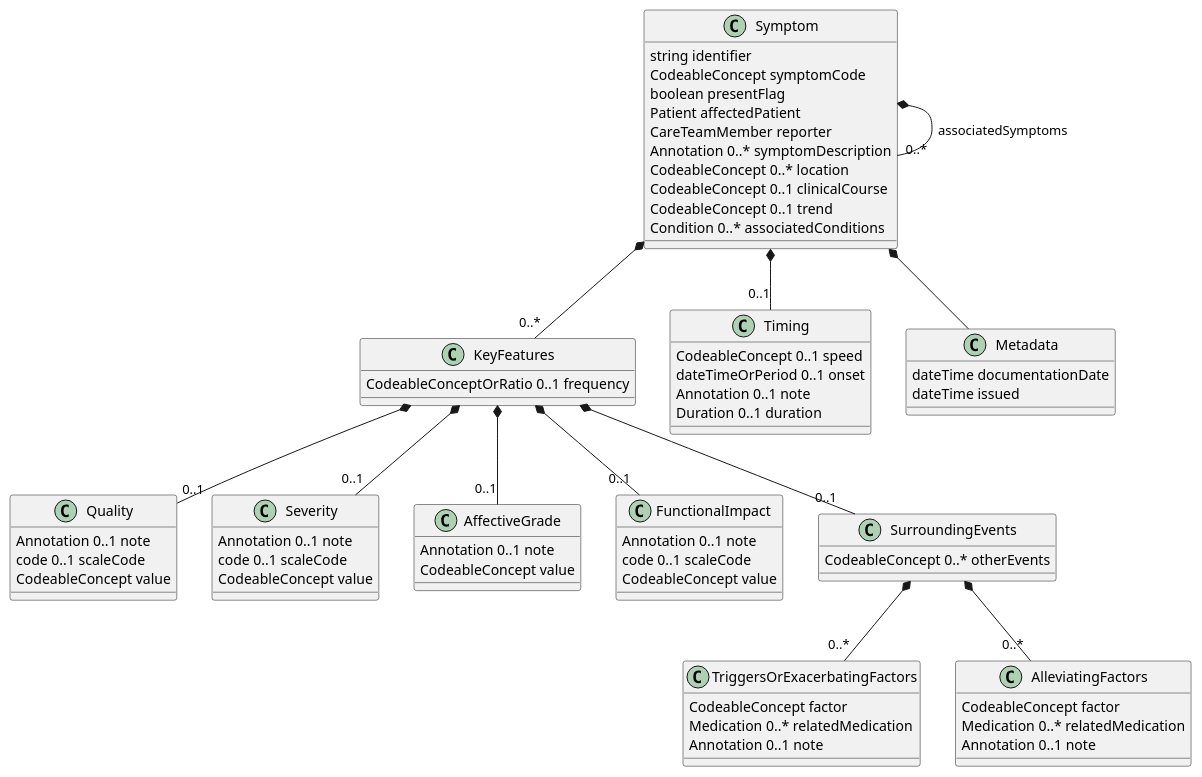
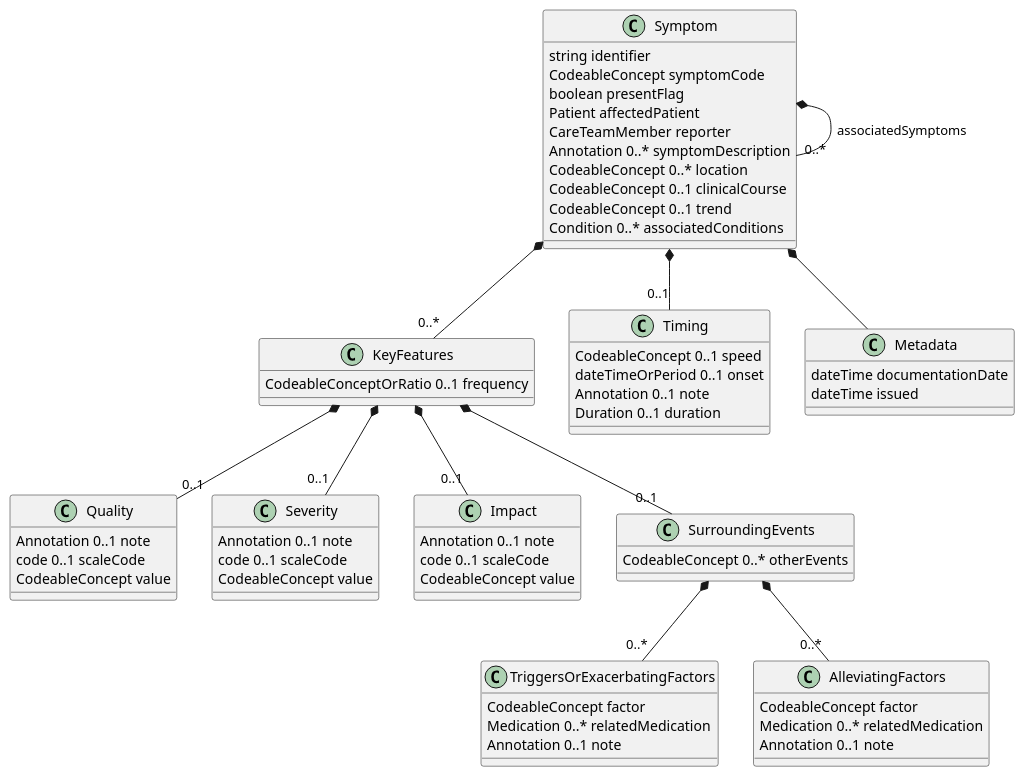
The diagram in input/images-source/SymptomLogicalModel.plantuml (HL7/fhir-symptoms-ig), drawn with PlantUML before and after one commit. The commit also changed 5 other files, not shown here.

```diff
--- a/input/images-source/SymptomLogicalModel.plantuml
+++ b/input/images-source/SymptomLogicalModel.plantuml
@@ -1,73 +1,68 @@
 @startuml
 class Symptom {
   string identifier
   CodeableConcept symptomCode
   boolean presentFlag
   Patient affectedPatient
   CareTeamMember reporter
   Annotation 0..* symptomDescription
   CodeableConcept 0..* location
   CodeableConcept 0..1 clinicalCourse
   CodeableConcept 0..1 trend
   Condition 0..* associatedConditions
 }
 Symptom *-- "0..*" Symptom : associatedSymptoms
 Symptom *-- "0..*" KeyFeatures
 class KeyFeatures {
   CodeableConceptOrRatio 0..1 frequency
 }
 KeyFeatures *-- "0..1" Quality
 class Quality {
   Annotation 0..1 note
   code 0..1 scaleCode
   CodeableConcept value
 }
 KeyFeatures *-- "0..1" Severity
 class Severity {
   Annotation 0..1 note
   code 0..1 scaleCode
   CodeableConcept value
 }
-KeyFeatures *-- "0..1" AffectiveGrade
-class AffectiveGrade {
-  Annotation 0..1 note
-  CodeableConcept value
-}
-KeyFeatures *-- "0..1" FunctionalImpact
-class FunctionalImpact {
+KeyFeatures *-- "0..1" Impact
+class Impact {
   Annotation 0..1 note
   code 0..1 scaleCode
   CodeableConcept value
 }
 KeyFeatures *-- "0..1" SurroundingEvents
 class SurroundingEvents {
   CodeableConcept 0..* otherEvents
 }
 SurroundingEvents *-- "0..*" TriggersOrExacerbatingFactors
 class TriggersOrExacerbatingFactors {
   CodeableConcept factor
   Medication 0..* relatedMedication
   Annotation 0..1 note
 }
 SurroundingEvents *-- "0..*" AlleviatingFactors
 class AlleviatingFactors {
   CodeableConcept factor
   Medication 0..* relatedMedication
   Annotation 0..1 note
 }
 
 Symptom *-- "0..1" Timing
 class Timing {
   CodeableConcept 0..1 speed
   dateTimeOrPeriod 0..1 onset
   Annotation 0..1 note
   Duration 0..1 duration
 }
 
 Symptom *-- Metadata
 class Metadata {
 dateTime documentationDate
 dateTime issued
 }
 
 @enduml
```
